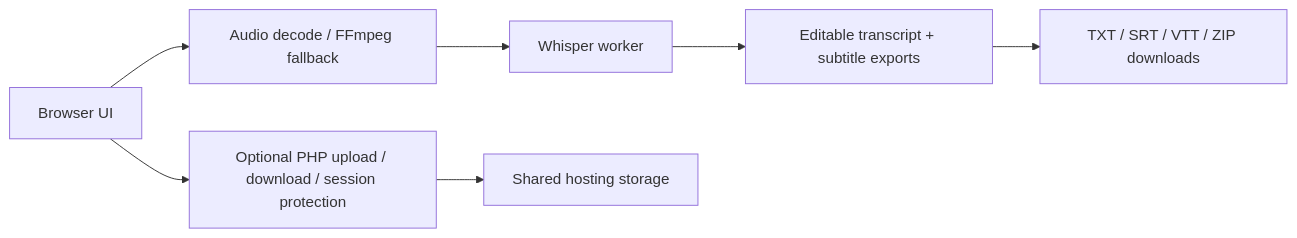
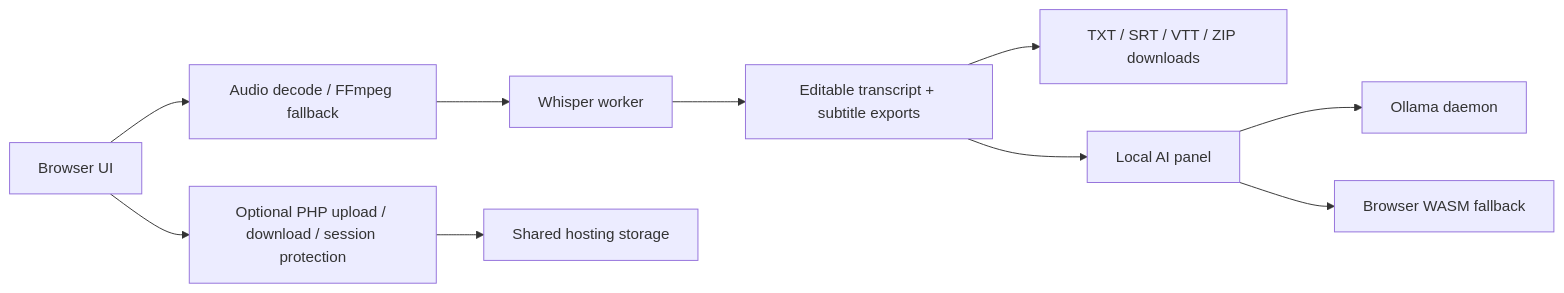
The diagram in readme.md (mytech-today-now/py-transcribe), drawn with Mermaid before and after one commit. The commit also changed other lines of this file and 109 other files, not shown here.

````diff
--- a/readme.md
+++ b/readme.md
@@ -75,9 +76,12 @@
 ```mermaid
 flowchart LR
   A[Browser UI] --> B[Audio decode / FFmpeg fallback]
   B --> C[Whisper worker]
   C --> D[Editable transcript + subtitle exports]
   D --> E[TXT / SRT / VTT / ZIP downloads]
-  A --> F[Optional PHP upload / download / session protection]
-  F --> G[Shared hosting storage]
+  D --> F[Local AI panel]
+  F --> G[Ollama daemon]
+  F --> H[Browser WASM fallback]
+  A --> I[Optional PHP upload / download / session protection]
+  I --> J[Shared hosting storage]
 ```
````
